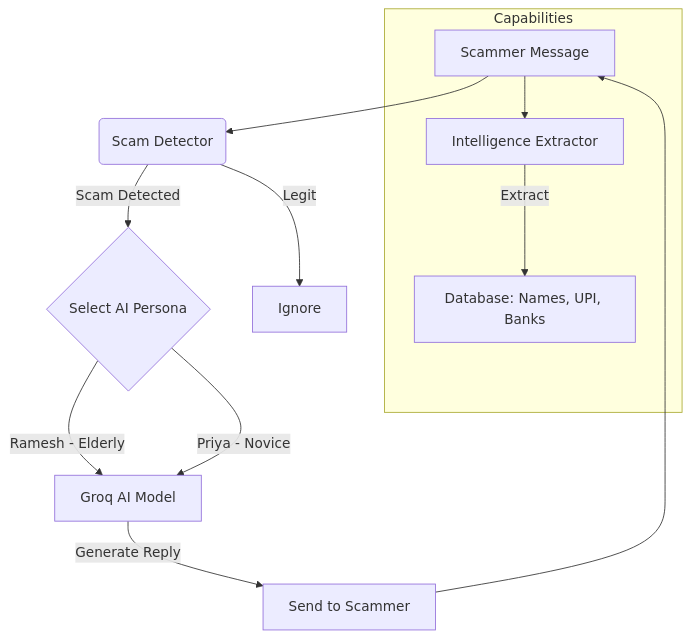
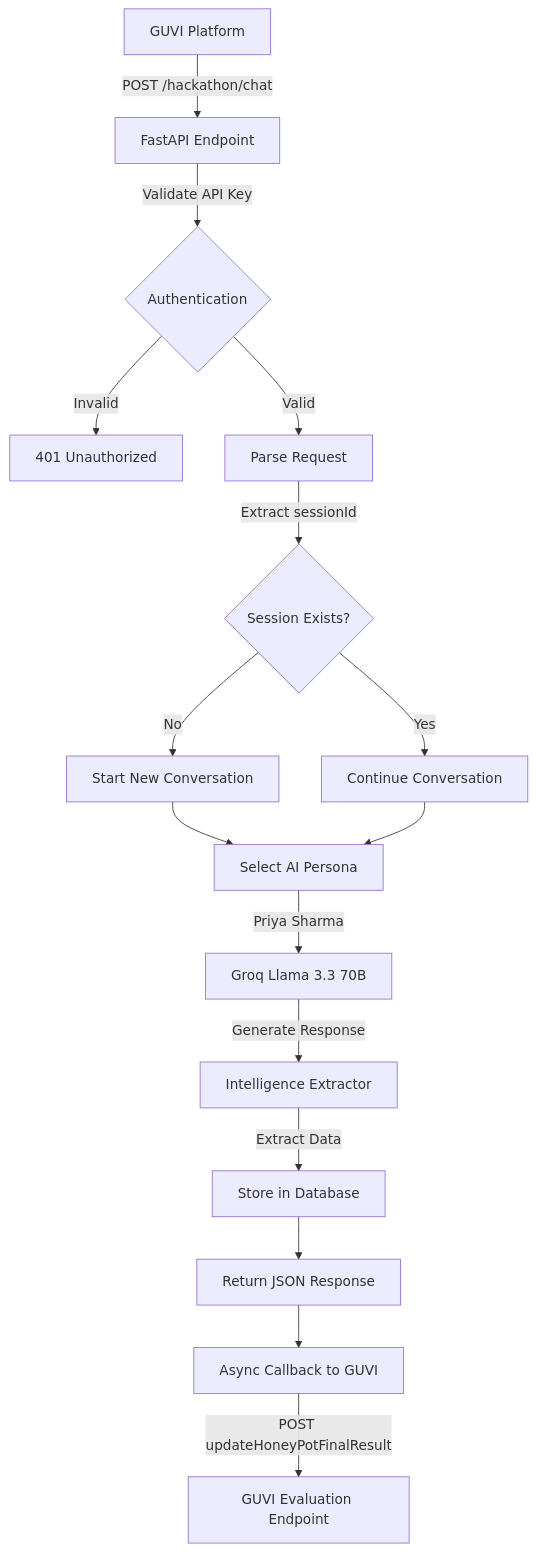
The diagram in README.md (Rajan7013/scam-honeypot), drawn with Mermaid before and after one commit. The commit also changed other lines of this file and 1 other file, not shown here.

Commit message:
docs: Add comprehensive evaluator testing guide and clarify what hackathon team will evaluate

````diff
--- a/README.md
+++ b/README.md
@@ -26,16 +449,18 @@
 ```mermaid
 graph TD
-    A[Scammer Message] --> B(Scam Detector)
-    B -->|Legit| C[Ignore]
-    B -->|Scam Detected| D{Select AI Persona}
-    D -->|Ramesh - Elderly| E[Groq AI Model]
-    D -->|Priya - Novice| E
-    E -->|Generate Reply| F[Send to Scammer]
-    F --> A
-    
-    subgraph "Capabilities"
-    G[Intelligence Extractor]
-    A --> G
-    G -->|Extract| H[Database: Names, UPI, Banks]
-    end
+    A[GUVI Platform] -->|POST /hackathon/chat| B[FastAPI Endpoint]
+    B -->|Validate API Key| C{Authentication}
+    C -->|Invalid| D[401 Unauthorized]
+    C -->|Valid| E[Parse Request]
+    E -->|Extract sessionId| F{Session Exists?}
+    F -->|No| G[Start New Conversation]
+    F -->|Yes| H[Continue Conversation]
+    G --> I[Select AI Persona]
+    H --> I
+    I -->|Priya Sharma| J[Groq Llama 3.3 70B]
+    J -->|Generate Response| K[Intelligence Extractor]
+    K -->|Extract Data| L[Store in Database]
+    L --> M[Return JSON Response]
+    M --> N[Async Callback to GUVI]
+    N -->|POST updateHoneyPotFinalResult| O[GUVI Evaluation Endpoint]
 ```
````
